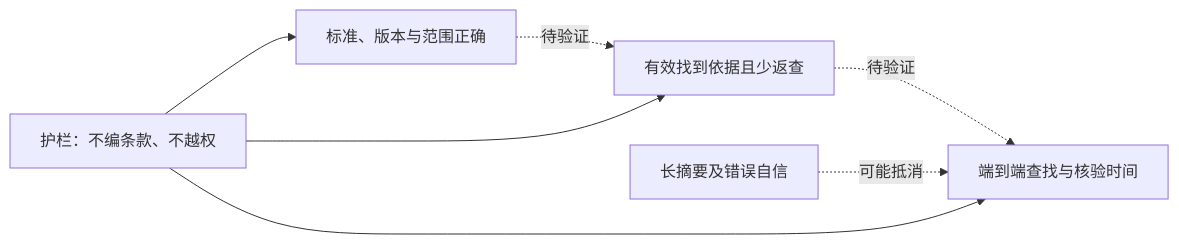
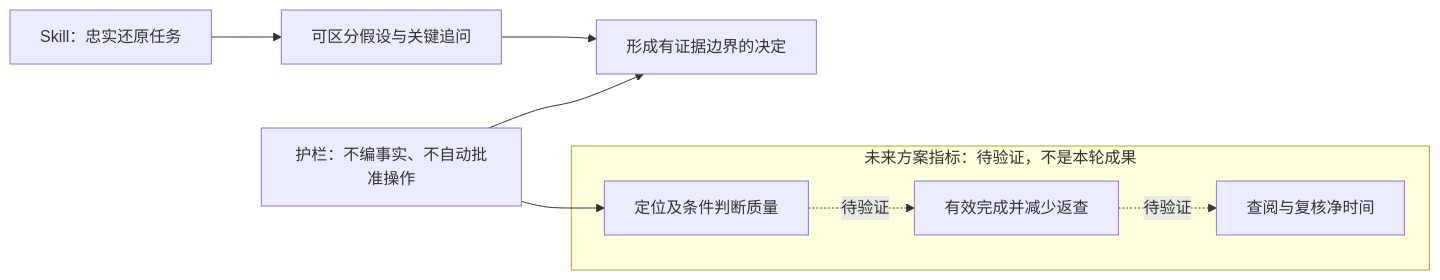
The fourth of 4 diagrams in examples/cbm-standards/diagrams.md (meiluosi/fde-problem-framing), drawn with Mermaid before and after one commit. The commit also changed other lines of this file and 29 other files, not shown here.

````diff
--- a/examples/cbm-standards/diagrams.md
+++ b/examples/cbm-standards/diagrams.md
@@ -40,9 +38,10 @@
 ```mermaid
 flowchart LR
- A["标准、版本与范围正确"] -. "待验证" .-> B["有效找到依据且少返查"]
- B -. "待验证" .-> C["端到端查找与核验时间"]
- D["长摘要及错误自信"] -. "可能抵消" .-> C
- E["护栏：不编条款、不越权"] --> A
- E --> B
- E --> C
+ A["Skill：忠实还原任务"] --> B["可区分假设与关键追问"] --> C["形成有证据边界的决定"]
+ subgraph future["未来方案指标：待验证，不是本轮成果"]
+ D["定位及条件判断质量"] -. "待验证" .-> E["有效完成并减少返查"]
+ E -. "待验证" .-> F["查阅与复核净时间"]
+ end
+ G["护栏：不编事实、不自动批准操作"] --> C
+ G --> D
 ```
````
